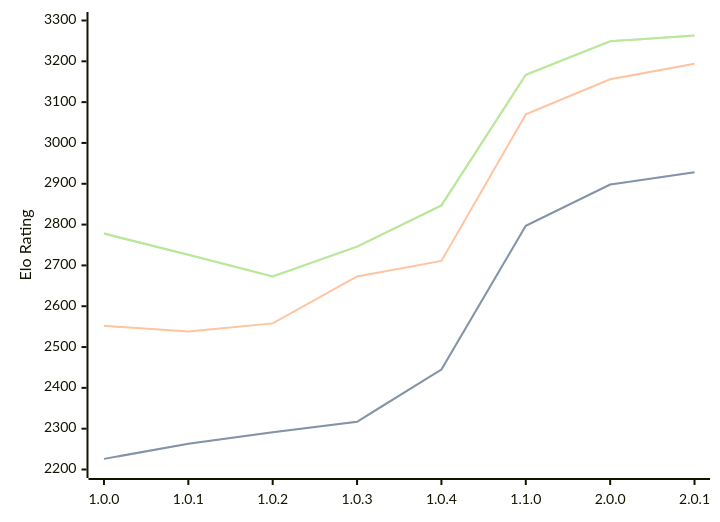
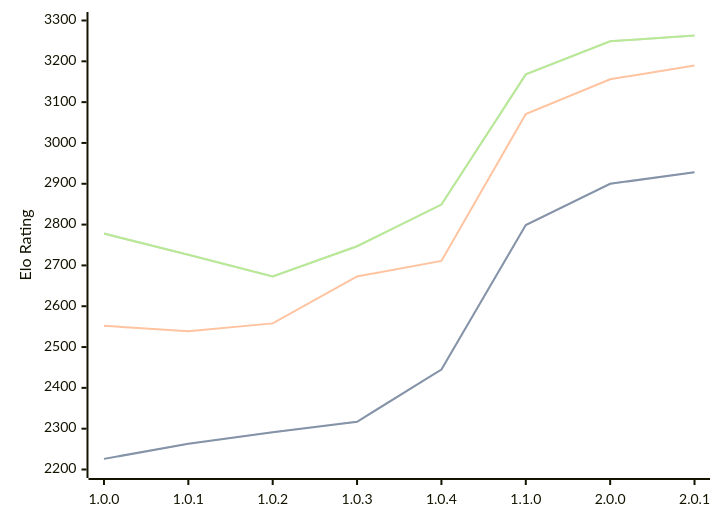
The third of 3 diagrams in engines/Grail.md (computer-chess-index/cci), drawn with Mermaid before and after one commit. The commit also changed other lines of this file, not shown here.

Commit message:
Update CCI Ratings (ELO VLTC) - 2026-07-13

````diff
--- a/engines/Grail.md
+++ b/engines/Grail.md
@@ -71,11 +71,11 @@
 ```mermaid
 %%{init: {"theme":"base","themeVariables":{"seriesColors:['#a3a3a3','#222221','#faa371']}}}%%
 xychart-beta
   x-axis ["1.0.0", "1.0.1", "1.0.2", "1.0.3", "1.0.4", "1.1.0", "2.0.0", "2.0.1"]
   y-axis "Elo Rating" 2200 --> 3300
-  line "STC (8.0+0.08s)" [2226, 2263, 2291, 2317, 2445, 2797, 2898, 2928]
-  line "STC (8.0+0.08s)" [2226, 2263, 2291, 2317, 2445, 2797, 2898, 2928]
-  line "LTC (60.0+0.60s)" [2552, 2538, 2558, 2673, 2711, 3070, 3156, 3194]
-  line "VLTC (2m24s+1.12s)" [2778, 2726, 2673, 2746, 2847, 3167, 3249, 3263]
-  line "VLTC (2m24s+1.12s)" [2778, 2726, 2673, 2746, 2847, 3167, 3249, 3263]
+  line "STC (8.0+0.08s)" [2226, 2263, 2291, 2317, 2445, 2799, 2900, 2928]
+  line "STC (8.0+0.08s)" [2226, 2263, 2291, 2317, 2445, 2799, 2900, 2928]
+  line "LTC (60.0+0.60s)" [2552, 2539, 2558, 2673, 2711, 3071, 3156, 3190]
+  line "VLTC (2m24s+1.12s)" [2778, 2726, 2673, 2747, 2849, 3168, 3249, 3263]
+  line "VLTC (2m24s+1.12s)" [2778, 2726, 2673, 2747, 2849, 3168, 3249, 3263]
 ```
````
